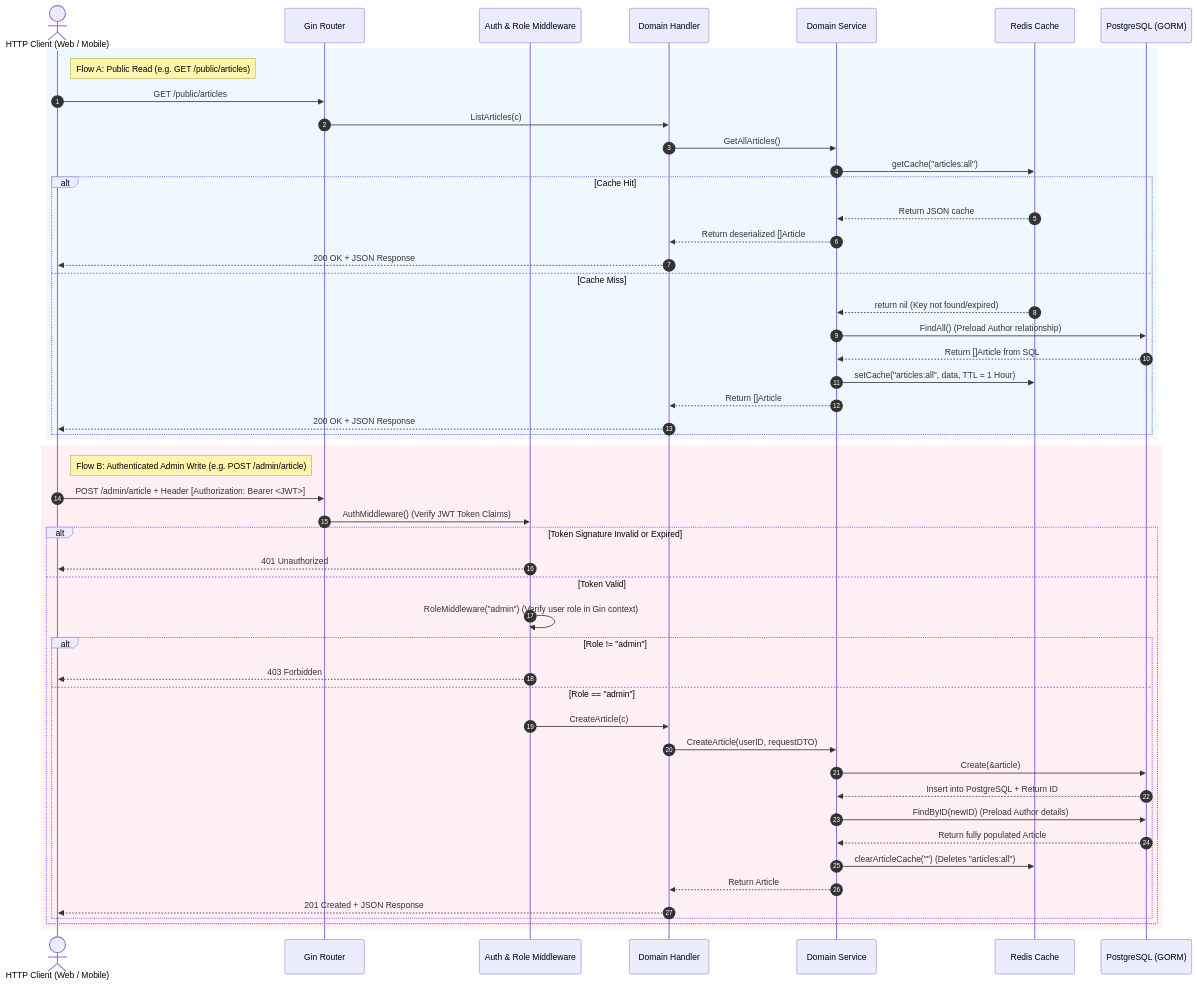
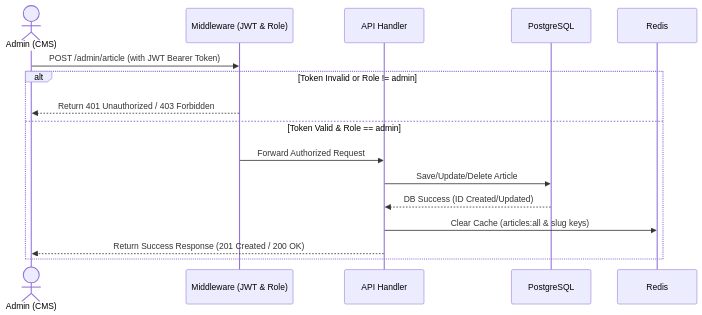
The second of 2 diagrams in README.md (nullablenone/go-news-api), drawn with Mermaid before and after one commit. The commit also changed other lines of this file and 1 other file, not shown here.

Commit message:
feat: documentation adjustment

````diff
--- a/README.md
+++ b/README.md
@@ -43,55 +70,19 @@
 ```mermaid
 sequenceDiagram
-    autonumber
-    actor Client as HTTP Client (Web / Mobile)
-    participant R as Gin Router
-    participant M as Auth & Role Middleware
-    participant H as Domain Handler
-    participant S as Domain Service
-    participant C as Redis Cache
-    participant DB as PostgreSQL (GORM)
-    
-    rect rgb(240, 248, 255)
-        note right of Client: Flow A: Public Read (e.g. GET /public/articles)
-        Client->>R: GET /public/articles
-        R->>H: ListArticles(c)
-        H->>S: GetAllArticles()
-        S->>C: getCache("articles:all")
-        alt Cache Hit
-            C-->>S: Return JSON cache
-            S-->>H: Return deserialized []Article
-            H-->>Client: 200 OK + JSON Response
-        else Cache Miss
-            C-->>S: return nil (Key not found/expired)
-            S->>DB: FindAll() (Preload Author relationship)
-            DB-->>S: Return []Article from SQL
-            S->>C: setCache("articles:all", data, TTL = 1 Hour)
-            S-->>H: Return []Article
-            H-->>Client: 200 OK + JSON Response
-        end
-    end
+    actor Admin as Admin (CMS)
+    participant Mid as Middleware (JWT & Role)
+    participant API as API Handler
+    participant DB as PostgreSQL
+    participant Cache as Redis
 
-    rect rgb(255, 240, 245)
-        note right of Client: Flow B: Authenticated Admin Write (e.g. POST /admin/article)
-        Client->>R: POST /admin/article + Header [Authorization: Bearer <JWT>]
-        R->>M: AuthMiddleware() (Verify JWT Token Claims)
-        alt Token Signature Invalid or Expired
-            M-->>Client: 401 Unauthorized
-        else Token Valid
-            M->>M: RoleMiddleware("admin") (Verify user role in Gin context)
-            alt Role != "admin"
-                M-->>Client: 403 Forbidden
-            else Role == "admin"
-                M->>H: CreateArticle(c)
-                H->>S: CreateArticle(userID, requestDTO)
-                S->>DB: Create(&article)
-                DB-->>S: Insert into PostgreSQL + Return ID
-                S->>DB: FindByID(newID) (Preload Author details)
-                DB-->>S: Return fully populated Article
-                S->>C: clearArticleCache("") (Deletes "articles:all")
-                S-->>H: Return Article
-                H-->>Client: 201 Created + JSON Response
-            end
-        end
+    Admin->>Mid: POST /admin/article (with JWT Bearer Token)
+    alt Token Invalid or Role != admin
+        Mid-->>Admin: Return 401 Unauthorized / 403 Forbidden
+    else Token Valid & Role == admin
+        Mid->>API: Forward Authorized Request
+        API->>DB: Save/Update/Delete Article
+        DB-->>API: DB Success (ID Created/Updated)
+        API->>Cache: Clear Cache (articles:all & slug keys)
+        API-->>Admin: Return Success Response (201 Created / 200 OK)
     end
 ```
````
